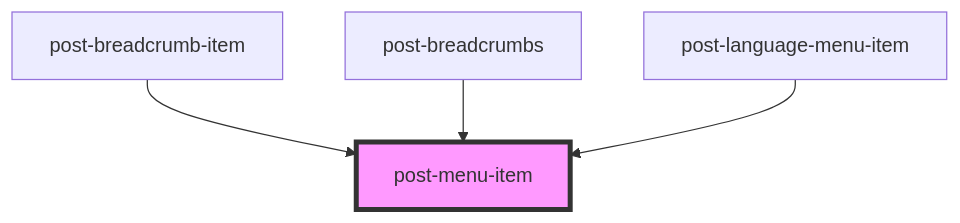
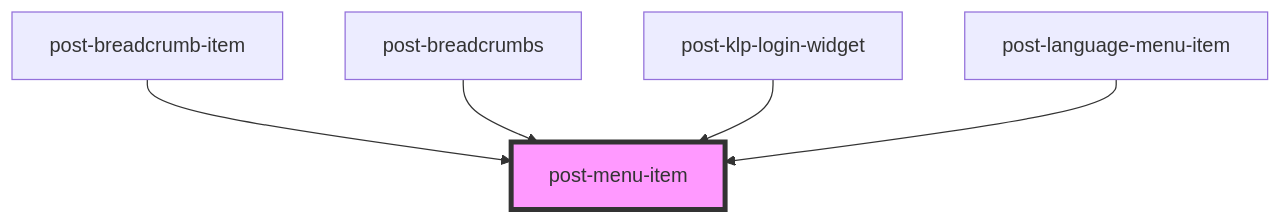
The diagram in packages/components/src/components/post-menu-item/readme.md (swisspost/design-system), drawn with Mermaid before and after one commit. The commit also changed other lines of this file and 10 other files, not shown here.

Commit message:
feat(components): bring back the messages entry in the login widget

````diff
--- a/packages/components/src/components/post-menu-item/readme.md
+++ b/packages/components/src/components/post-menu-item/readme.md
@@ -15,7 +16,8 @@
 ```mermaid
 graph TD;
   post-breadcrumb-item --> post-menu-item
   post-breadcrumbs --> post-menu-item
+  post-klp-login-widget --> post-menu-item
   post-language-menu-item --> post-menu-item
   style post-menu-item fill:#f9f,stroke:#333,stroke-width:4px
 ```
````
